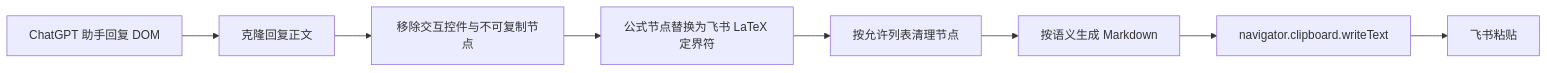
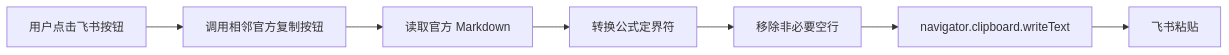
The second of 2 diagrams in docs/Principle.md (Sven-LI-sankyuu/ChatGPT-Feishu-Lark-Doc-Copy), drawn with Mermaid before and after one commit. The commit also changed other lines of this file and 11 other files, not shown here.

````diff
--- a/docs/Principle.md
+++ b/docs/Principle.md
@@ -69,10 +69,9 @@
 ```mermaid
 flowchart LR
-    A[ChatGPT 助手回复 DOM] --> B[克隆回复正文]
-    B --> C[移除交互控件与不可复制节点]
-    C --> D[公式节点替换为飞书 LaTeX 定界符]
-    D --> E[按允许列表清理节点]
-    E --> F[按语义生成 Markdown]
-    F --> G[navigator.clipboard.writeText]
-    G --> H[飞书粘贴]
+    A[用户点击飞书按钮] --> B[调用相邻官方复制按钮]
+    B --> C[读取官方 Markdown]
+    C --> D[转换公式定界符]
+    D --> E[移除非必要空行]
+    E --> F[navigator.clipboard.writeText]
+    F --> G[飞书粘贴]
 ```
````
